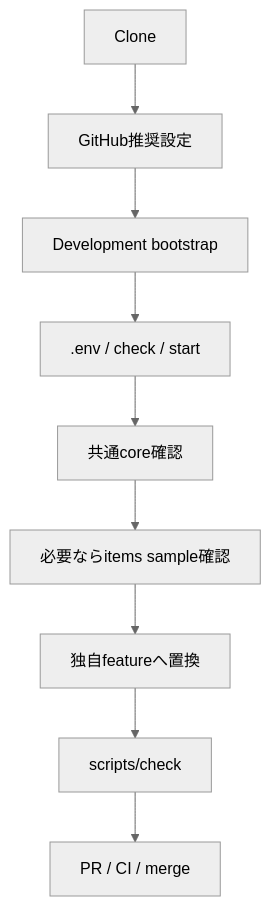
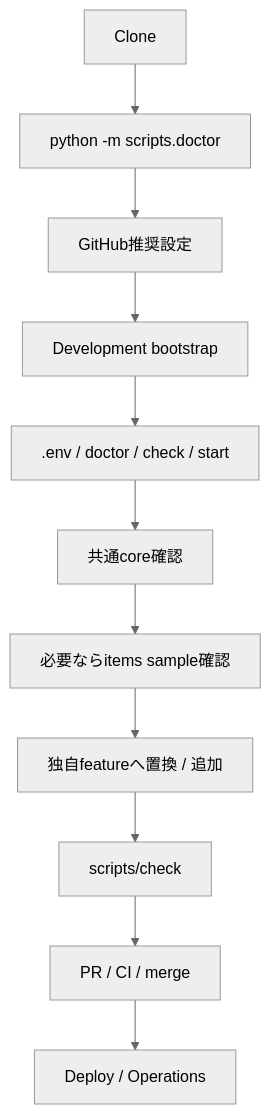
One commit to k-systems202208/python-sqlite-tailscale-webapp-template changed the first of 4 diagrams in GETTING-STARTED.md. Above: the diagram before and after it, drawn with Mermaid (neutral theme). The commit also changed other lines of this file and 10 other files, not shown here.

````diff
--- a/GETTING-STARTED.md
+++ b/GETTING-STARTED.md
@@ -9,11 +9,13 @@
 ```mermaid
 flowchart TD
-    A["Clone"] --> B["GitHub推奨設定"]
+    A["Clone"] --> D["python -m scripts.doctor"]
+    D --> B["GitHub推奨設定"]
     B --> C["Development bootstrap"]
-    C --> D[".env / check / start"]
-    D --> E["共通core確認"]
-    E --> F["必要ならitems sample確認"]
-    F --> G["独自featureへ置換"]
-    G --> H["scripts/check"]
-    H --> I["PR / CI / merge"]
+    C --> E[".env / doctor / check / start"]
+    E --> F["共通core確認"]
+    F --> G["必要ならitems sample確認"]
+    G --> H["独自featureへ置換 / 追加"]
+    H --> I["scripts/check"]
+    I --> J["PR / CI / merge"]
+    J --> K["Deploy / Operations"]
 ```
````
